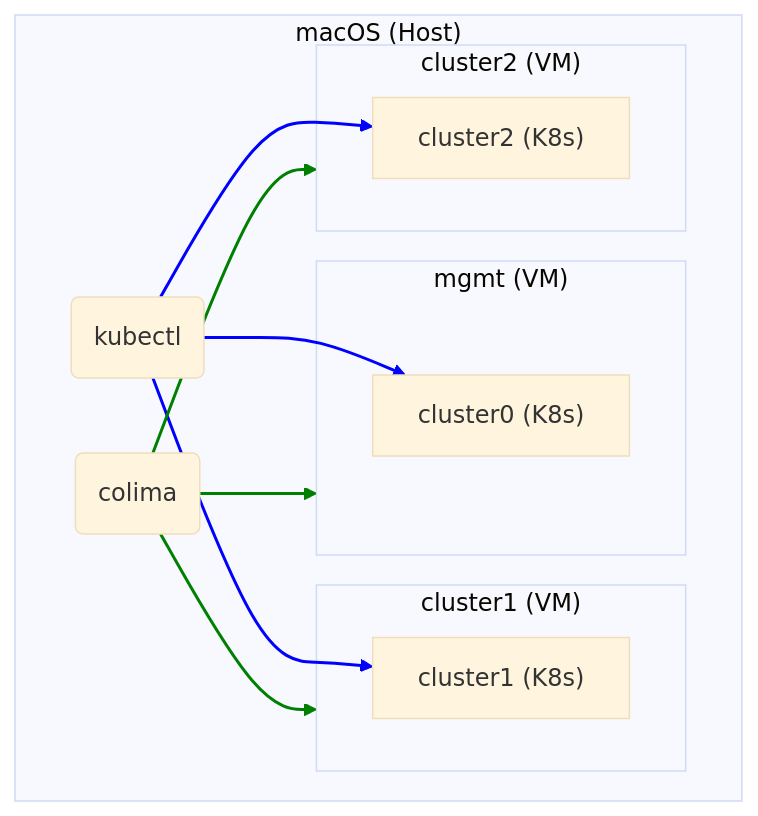
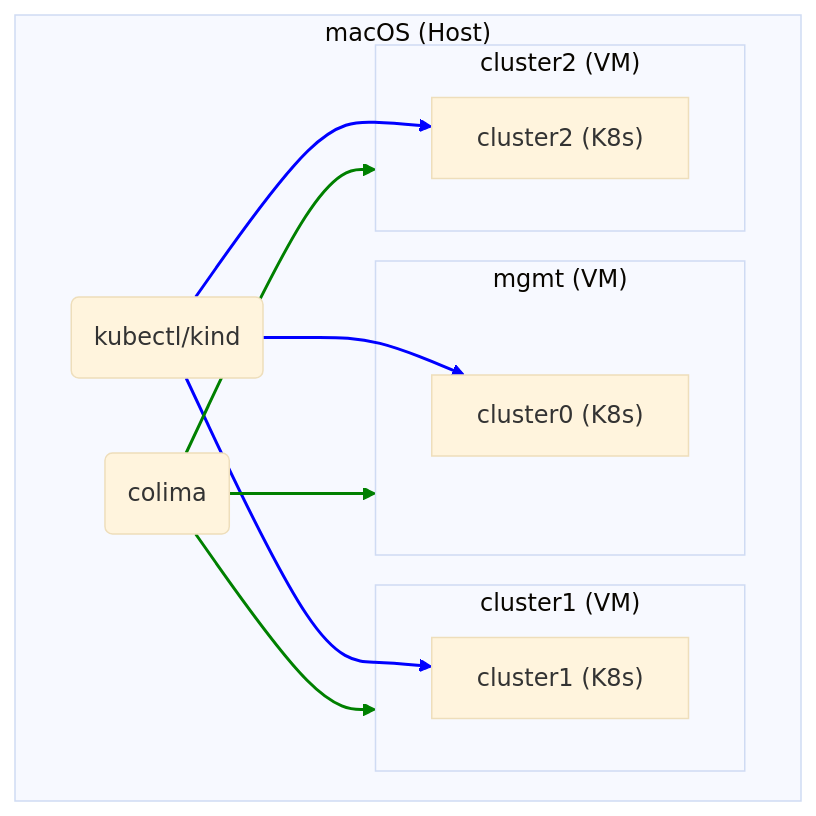
Before and after one commit to djmcaleese/kind-on-colima: the diagram in README.md, drawn with Mermaid (base theme). The commit also changed other lines of this file, not shown here.

````diff
--- a/README.md
+++ b/README.md
@@ -13,26 +56,26 @@
 ```mermaid
 graph TB
     subgraph host["macOS (Host)"]
-        k("kubectl")
+        k("kubectl/kind")
         c("colima")
         subgraph vm0["mgmt (VM)"]
             k0["cluster0 (K8s)"]
         end
         subgraph vm1["cluster1 (VM)"]
             k1["cluster1 (K8s)"]
         end
         subgraph vm2["cluster2 (VM)"]
             k2["cluster2 (K8s)"]
         end
         c-->vm0
         c-->vm1
         c-->vm2
         k-->k0
         k-->k1
         k-->k2
     end
 
 
     linkStyle 0,1,2 stroke-width:2px,fill:none,stroke:green;
     linkStyle 3,4,5 stroke-width:2px,fill:none,stroke:blue;
 ```
````
